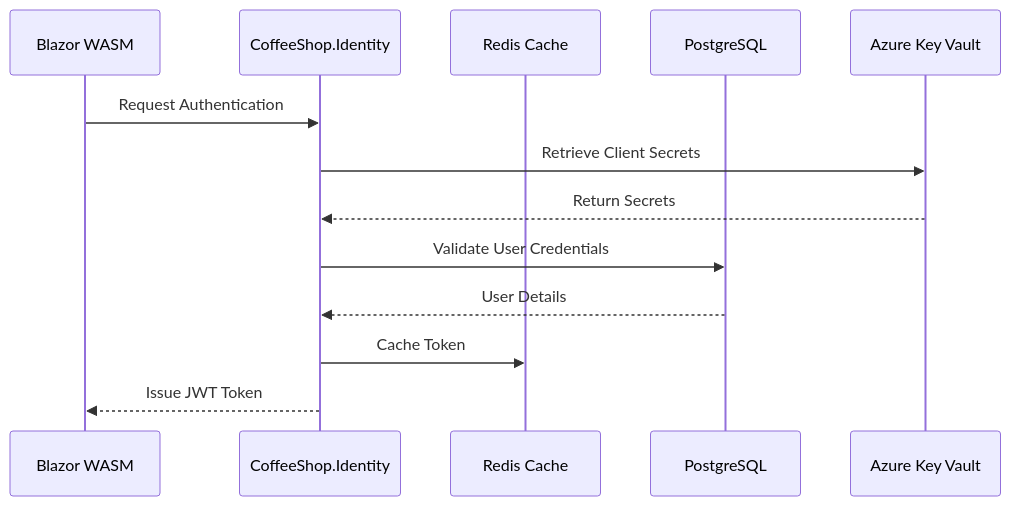
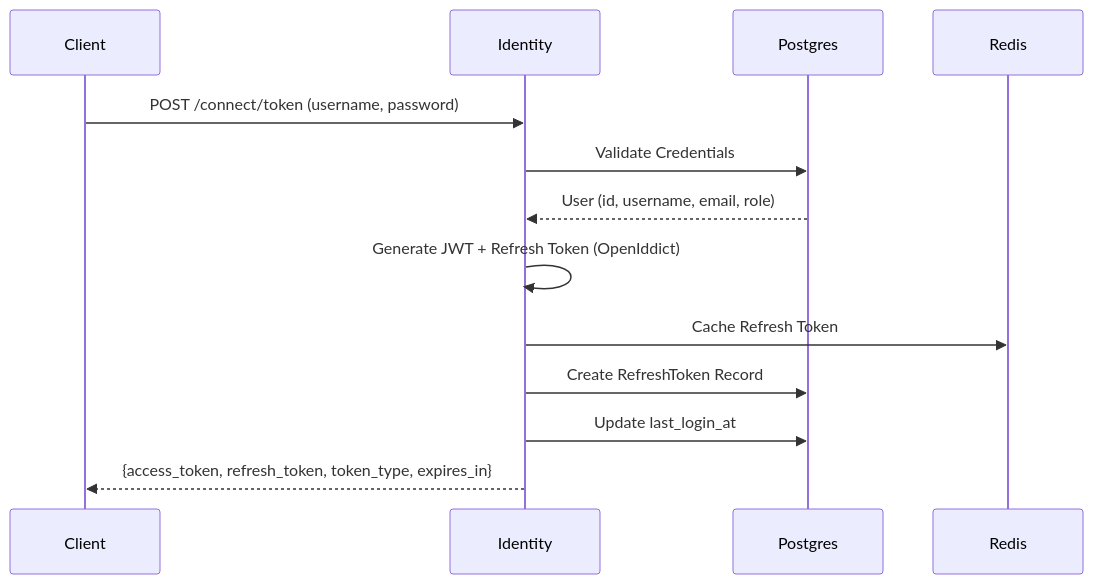
One commit to zzaia/zzaia-trio-coffee-shop changed the third of 4 diagrams in CoffeeShop/docs/identity/identity-architecture.md. Above: the diagram before and after it, drawn with Mermaid. The commit also changed other lines of this file and 3 other files, not shown here.

````diff
--- a/CoffeeShop/docs/identity/identity-architecture.md
+++ b/CoffeeShop/docs/identity/identity-architecture.md
@@ -5,16 +69,16 @@
 ```mermaid
 sequenceDiagram
-    participant Client as Blazor WASM
-    participant Identity as CoffeeShop.Identity
-    participant Redis as Redis Cache
-    participant Postgres as PostgreSQL
-    participant AzureVault as Azure Key Vault
+    participant Client
+    participant Identity
+    participant Postgres
+    participant Redis
 
-    Client->>Identity: Request Authentication
-    Identity->>AzureVault: Retrieve Client Secrets
-    AzureVault-->>Identity: Return Secrets
-    Identity->>Postgres: Validate User Credentials
-    Postgres-->>Identity: User Details
-    Identity->>Redis: Cache Token
-    Identity-->>Client: Issue JWT Token
+    Client->>Identity: POST /connect/token (username, password)
+    Identity->>Postgres: Validate Credentials
+    Postgres-->>Identity: User (id, username, email, role)
+    Identity->>Identity: Generate JWT + Refresh Token (OpenIddict)
+    Identity->>Redis: Cache Refresh Token
+    Identity->>Postgres: Create RefreshToken Record
+    Identity->>Postgres: Update last_login_at
+    Identity-->>Client: {access_token, refresh_token, token_type, expires_in}
 ```
````
